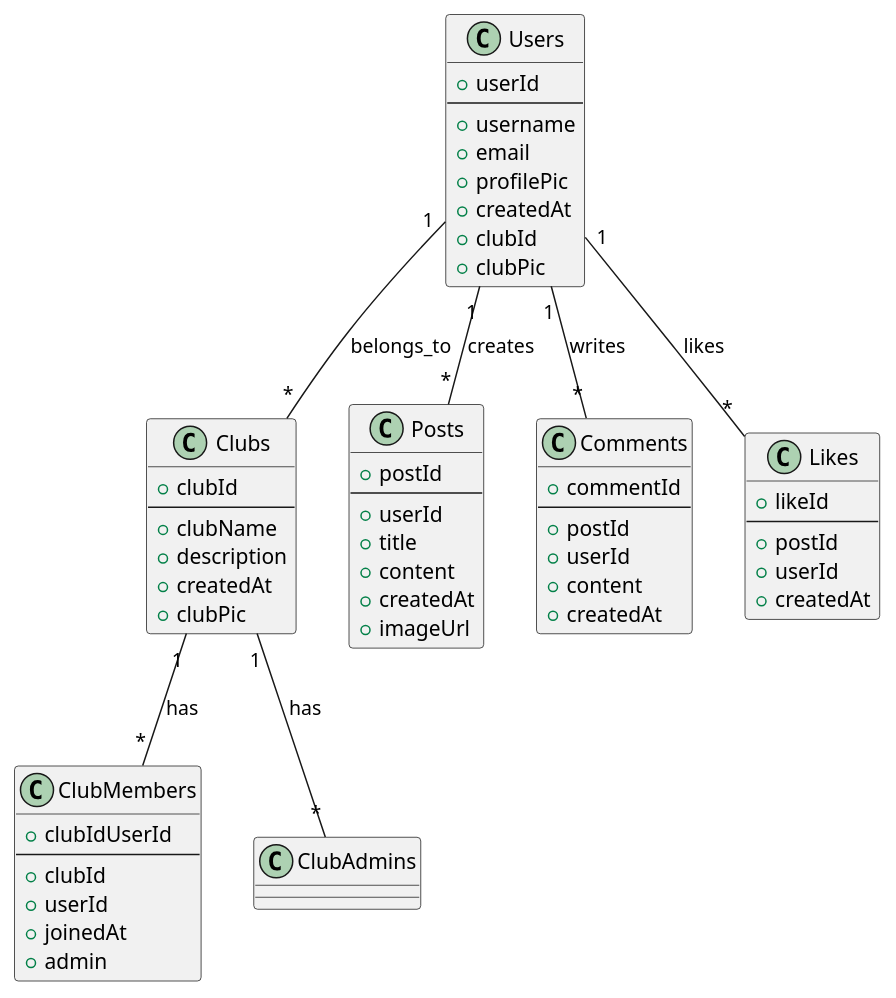
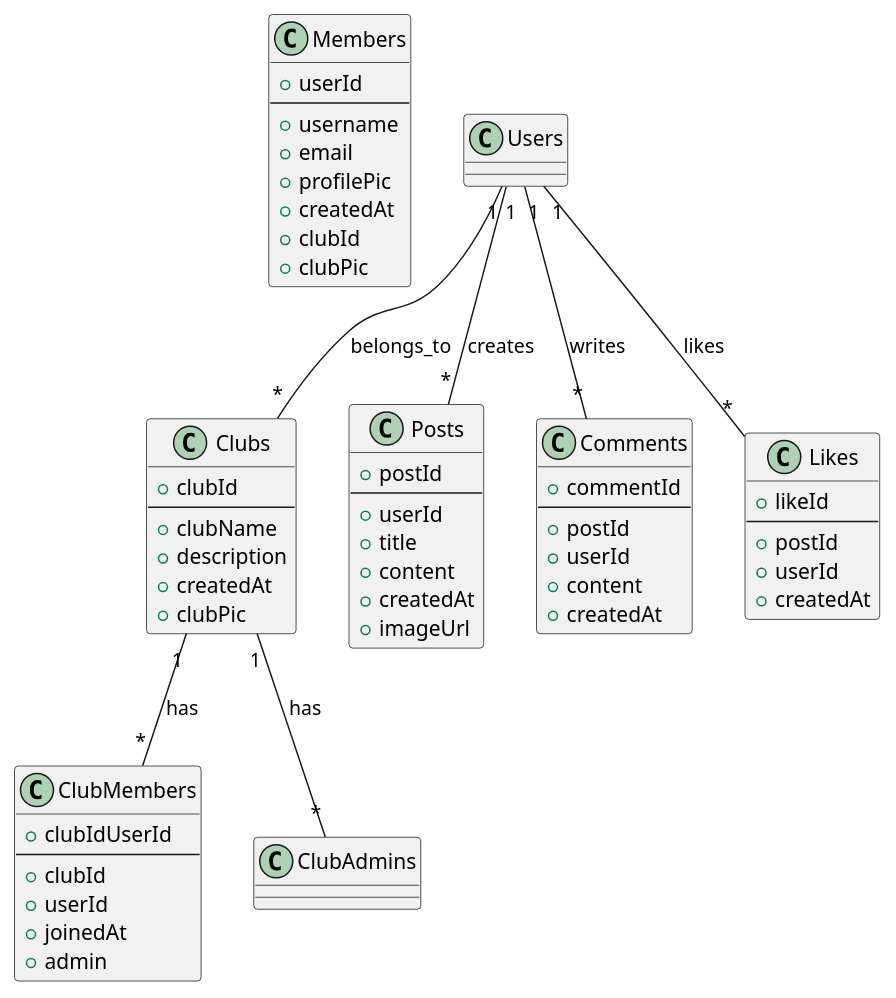
One commit to hwangtaewook/view_finder changed the diagram in lib/database.puml. Above: the diagram before and after it, drawn with PlantUML. The commit also changed 9 other files, not shown here.

```diff
--- a/lib/database.puml
+++ b/lib/database.puml
@@ -1,68 +1,68 @@
 @startuml Firestore_Structure
 
-class Users {
+class Members {
     + userId
     --
     + username
     + email
     + profilePic
     + createdAt
     + clubId
     + clubPic
 }
 
 class Clubs {
     + clubId
     --
     + clubName
     + description
     + createdAt
     + clubPic
 }
 
 class ClubMembers {
     + clubIdUserId
     --
     + clubId
     + userId
     + joinedAt
     + admin
 }
 
 
 
 class Posts {
     + postId
     --
     + userId
     + title
     + content
     + createdAt
     + imageUrl
 }
 
 class Comments {
     + commentId
     --
     + postId
     + userId
     + content
     + createdAt
 }
 
 class Likes {
     + likeId
     --
     + postId
     + userId
     + createdAt
 }
 
 Users "1" -- "*" Clubs : "belongs_to"
 Clubs "1" -- "*" ClubMembers : "has"
 Clubs "1" -- "*" ClubAdmins : "has"
 Users "1" -- "*" Posts : "creates"
 Users "1" -- "*" Comments : "writes"
 Users "1" -- "*" Likes : "likes"
 
 @enduml
```
